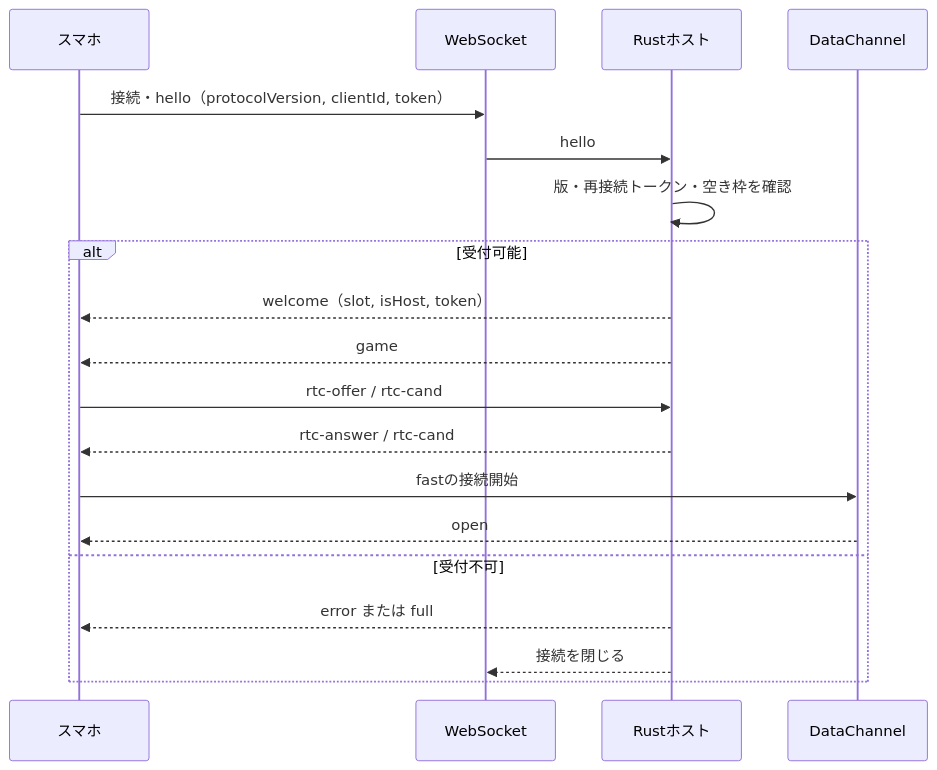
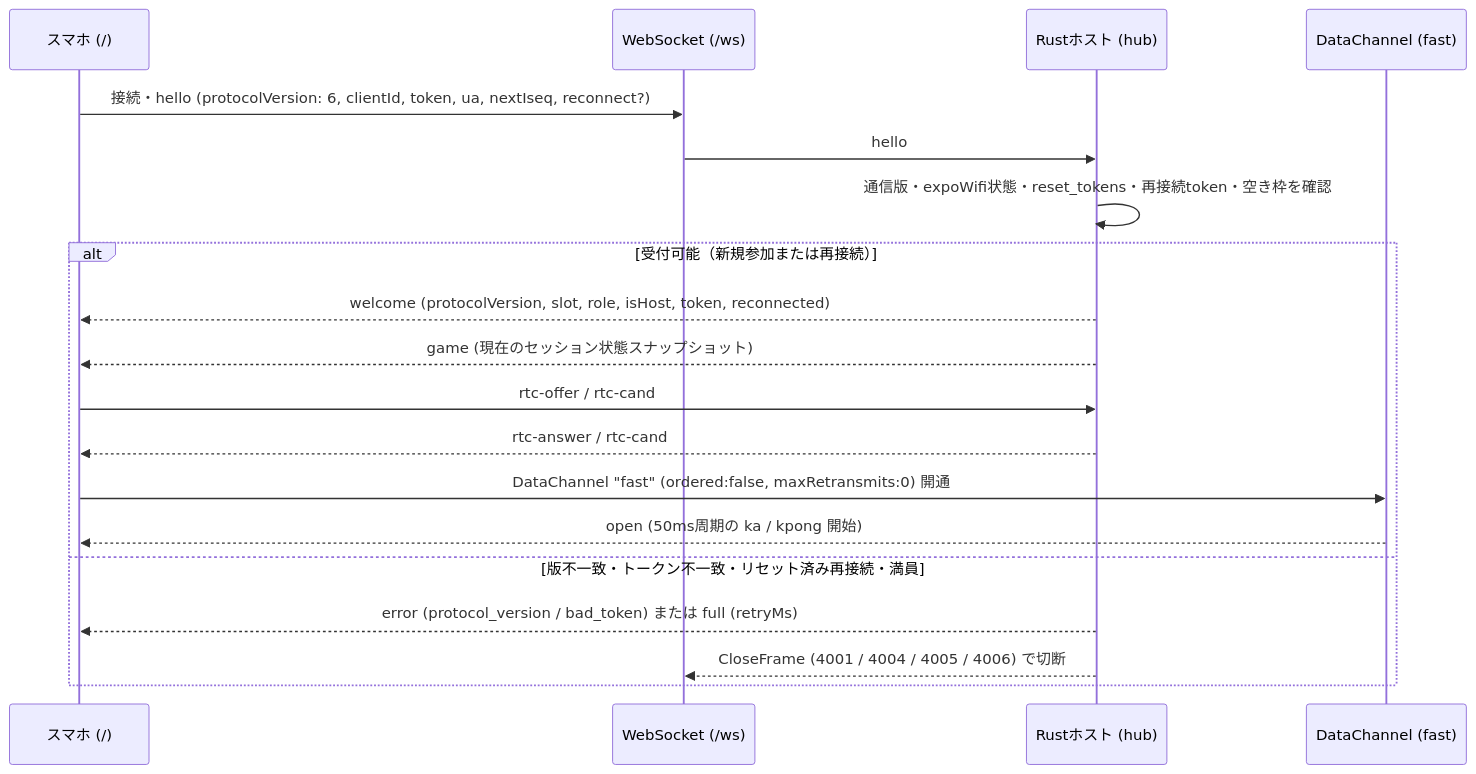
One commit to jphacks/kz_2613 changed the first of 4 diagrams in docs/protocol-specification.md. Above: the diagram before and after it, drawn with Mermaid. The commit also changed other lines of this file and 10 other files, not shown here.

````diff
--- a/docs/protocol-specification.md
+++ b/docs/protocol-specification.md
@@ -76,21 +74,22 @@
 ```mermaid
 sequenceDiagram
-    participant Phone as スマホ
-    participant WS as WebSocket
-    participant Hub as Rustホスト
-    participant RTC as DataChannel
-    Phone->>WS: 接続・hello（protocolVersion, clientId, token）
+    participant Phone as スマホ (/)
+    participant WS as WebSocket (/ws)
+    participant Hub as Rustホスト (hub)
+    participant RTC as DataChannel (fast)
+
+    Phone->>WS: 接続・hello (protocolVersion: 6, clientId, token, ua, nextIseq, reconnect?)
     WS->>Hub: hello
-    Hub->>Hub: 版・再接続トークン・空き枠を確認
-    alt 受付可能
-        Hub-->>Phone: welcome（slot, isHost, token）
-        Hub-->>Phone: game
+    Hub->>Hub: 通信版・expoWifi状態・reset_tokens・再接続token・空き枠を確認
+    alt 受付可能（新規参加または再接続）
+        Hub-->>Phone: welcome (protocolVersion, slot, role, isHost, token, reconnected)
+        Hub-->>Phone: game (現在のセッション状態スナップショット)
         Phone->>Hub: rtc-offer / rtc-cand
         Hub-->>Phone: rtc-answer / rtc-cand
-        Phone->>RTC: fastの接続開始
-        RTC-->>Phone: open
-    else 受付不可
-        Hub-->>Phone: error または full
-        Hub-->>WS: 接続を閉じる
+        Phone->>RTC: DataChannel "fast" (ordered:false, maxRetransmits:0) 開通
+        RTC-->>Phone: open (50ms周期の ka / kpong 開始)
+    else 版不一致・トークン不一致・リセット済み再接続・満員
+        Hub-->>Phone: error (protocol_version / bad_token) または full (retryMs)
+        Hub-->>WS: CloseFrame (4001 / 4004 / 4005 / 4006) で切断
     end
 ```
````
